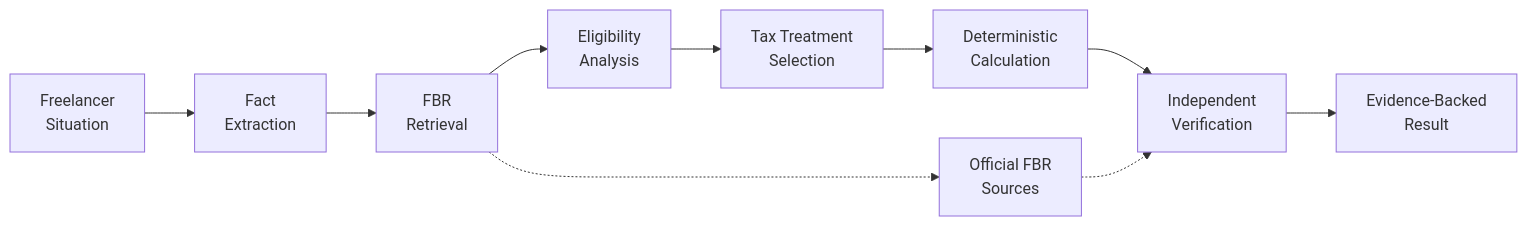
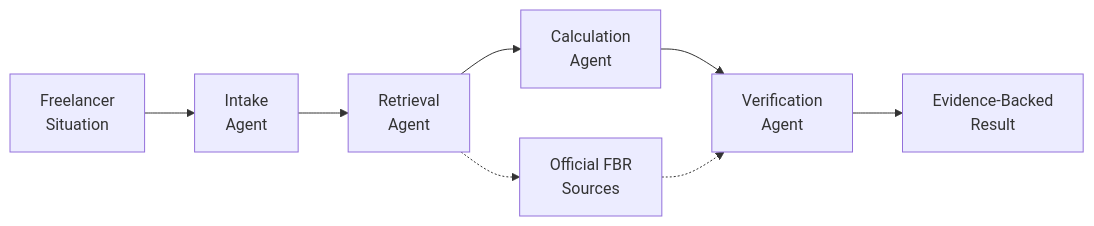
One commit to ayeshakhawar217-cmd/FBR-FreelanceGuide changed the first of 2 diagrams in README.md. Above: the diagram before and after it, drawn with Mermaid. The commit also changed other lines of this file, not shown here.

````diff
--- a/README.md
+++ b/README.md
@@ -37,13 +38,11 @@
 ```mermaid
 flowchart LR
-    A["Freelancer<br/>Situation"] --> B["Fact<br/>Extraction"]
-    B --> C["FBR<br/>Retrieval"]
-    C --> D["Eligibility<br/>Analysis"]
-    D --> E["Tax Treatment<br/>Selection"]
-    E --> F["Deterministic<br/>Calculation"]
-    F --> G["Independent<br/>Verification"]
-    G --> H["Evidence-Backed<br/>Result"]
+    A["Freelancer<br/>Situation"] --> B["Intake<br/>Agent"]
+    B --> C["Retrieval<br/>Agent"]
+    C --> D["Calculation<br/>Agent"]
+    D --> E["Verification<br/>Agent"]
+    E --> F["Evidence-Backed<br/>Result"]
 
-    C -.-> I["Official FBR<br/>Sources"]
-    I -.-> G
+    C -.-> G["Official FBR<br/>Sources"]
+    G -.-> E
 ```
````
